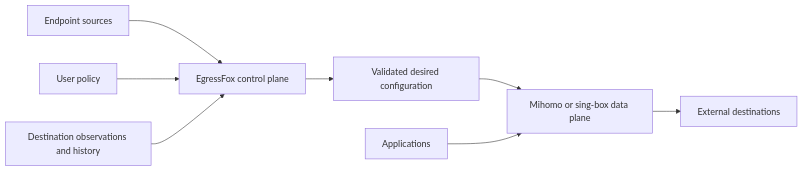
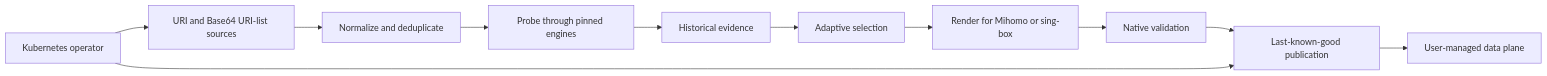
Before and after one commit to egressfox-io/egressfox: the diagram in README.md, drawn with Mermaid. The commit also changed other lines of this file and 14 other files, not shown here.

Commit message:
📝 docs: present EgressFox for public discovery

````diff
--- a/README.md
+++ b/README.md
@@ -21,10 +35,13 @@
 ```mermaid
 flowchart LR
-    S[Endpoint sources] --> E[EgressFox control plane]
-    P[User policy] --> E
-    H[Destination observations and history] --> E
-    E --> C[Validated desired configuration]
-    C --> D[Mihomo or sing-box data plane]
-    A[Applications] --> D
-    D --> T[External destinations]
+    S[URI and Base64 URI-list sources] --> N[Normalize and deduplicate]
+    N --> P[Probe through pinned engines]
+    P --> H[Historical evidence]
+    H --> A[Adaptive selection]
+    A --> R[Render for Mihomo or sing-box]
+    R --> V[Native validation]
+    V --> L[Last-known-good publication]
+    L --> D[User-managed data plane]
+    K[Kubernetes operator] --> S
+    K --> L
 ```
````
